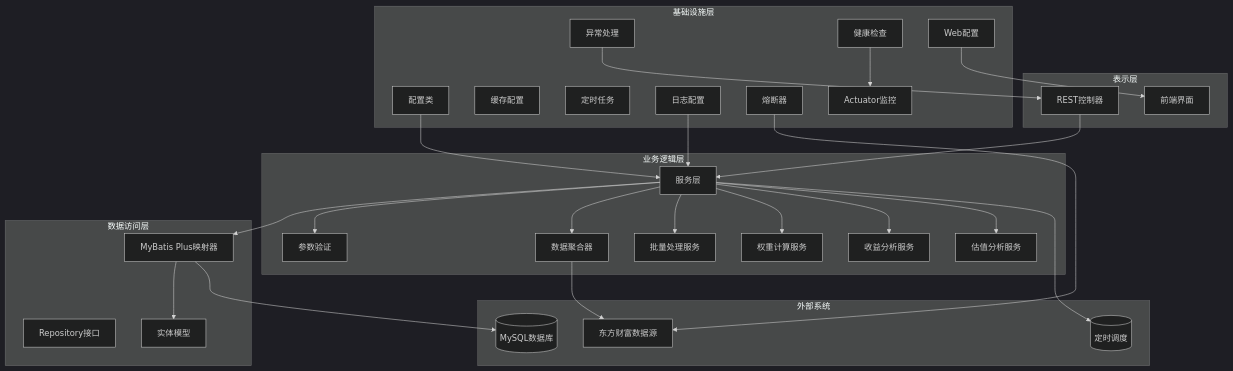
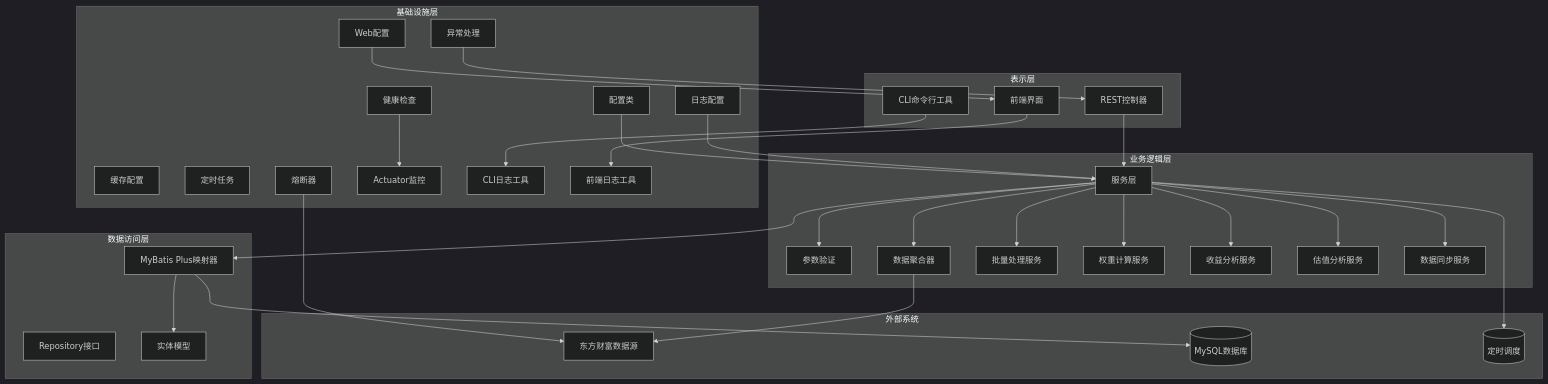
One commit to gree-coder/fund-butler changed the third of 27 diagrams in .qoder/repowiki/zh/content/核心功能开发/核心功能开发.md. Above: the diagram before and after it, drawn with Mermaid (dark theme). The commit also changed other lines of this file and 3 other files, not shown here.

````diff
--- a/.qoder/repowiki/zh/content/核心功能开发/核心功能开发.md
+++ b/.qoder/repowiki/zh/content/核心功能开发/核心功能开发.md
@@ -191,55 +218,62 @@
 ```mermaid
 graph TB
 subgraph "表示层"
 CONTROLLER[REST控制器]
 FRONTEND[前端界面]
+CLI[CLI命令行工具]
 end
 subgraph "业务逻辑层"
 SERVICE[服务层]
 VALIDATOR[参数验证]
 AGGREGATOR[数据聚合器]
 BATCH[批量处理服务]
 WEIGHT[权重计算服务]
 ANALYSIS[收益分析服务]
 ESTIMATE_ANALYSIS[估值分析服务]
+SYNC[数据同步服务]
 end
 subgraph "数据访问层"
 MAPPER[MyBatis Plus映射器]
 REPO[Repository接口]
 ENTITY[实体模型]
 end
 subgraph "基础设施层"
 CONFIG[配置类]
 CACHE[缓存配置]
 TASK[定时任务]
 ERROR[异常处理]
 LOG[日志配置]
 HEALTH[健康检查]
 CIRCUIT[熔断器]
 WEB[Web配置]
 ACTUATOR[Actuator监控]
+CLI_LOGGER[CLI日志工具]
+FRONTEND_LOGGER[前端日志工具]
 end
 subgraph "外部系统"
 DATASOURCE[东方财富数据源]
 DB[(MySQL数据库)]
 SCHEDULE[(定时调度)]
 end
 CONTROLLER --> SERVICE
 SERVICE --> MAPPER
 MAPPER --> ENTITY
 SERVICE --> VALIDATOR
 SERVICE --> AGGREGATOR
 SERVICE --> BATCH
 SERVICE --> WEIGHT
 SERVICE --> ANALYSIS
 SERVICE --> ESTIMATE_ANALYSIS
+SERVICE --> SYNC
 CONFIG --> SERVICE
 ERROR --> CONTROLLER
 LOG --> SERVICE
 HEALTH --> ACTUATOR
 CIRCUIT --> DATASOURCE
 WEB --> FRONTEND
+CLI --> CLI_LOGGER
+FRONTEND --> FRONTEND_LOGGER
 AGGREGATOR --> DATASOURCE
 MAPPER --> DB
 SERVICE --> SCHEDULE
 ```
````
